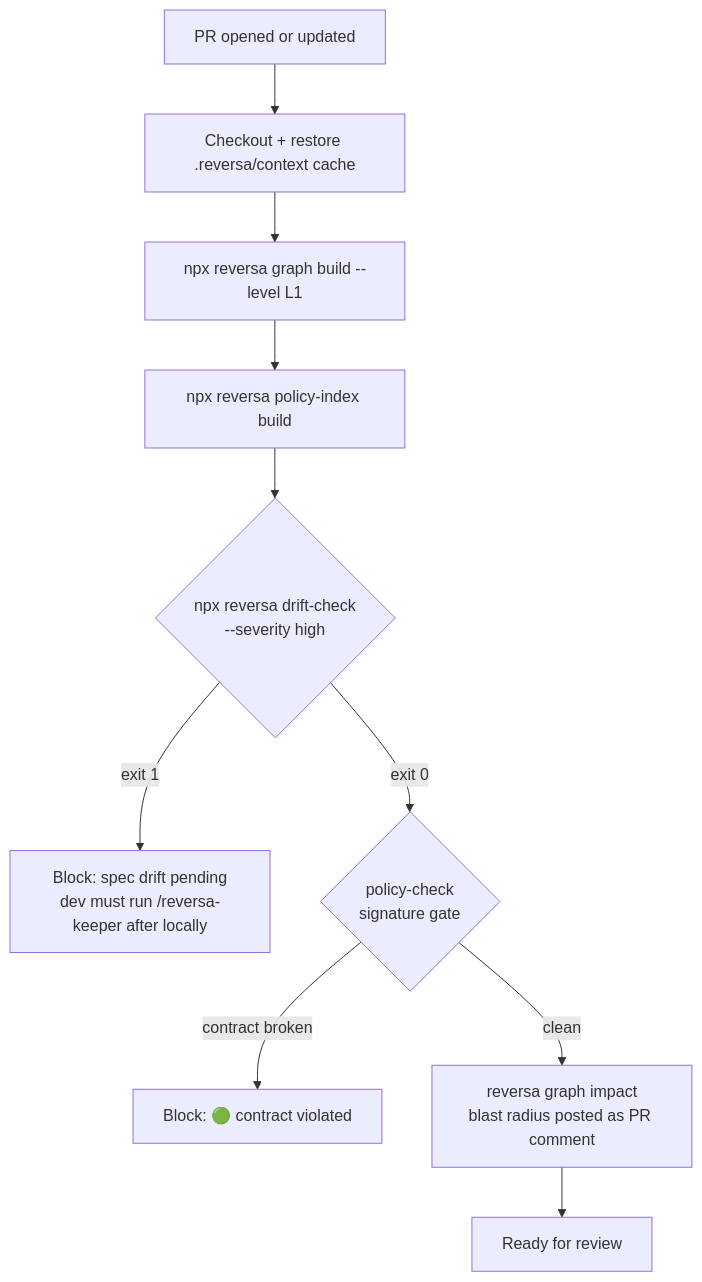
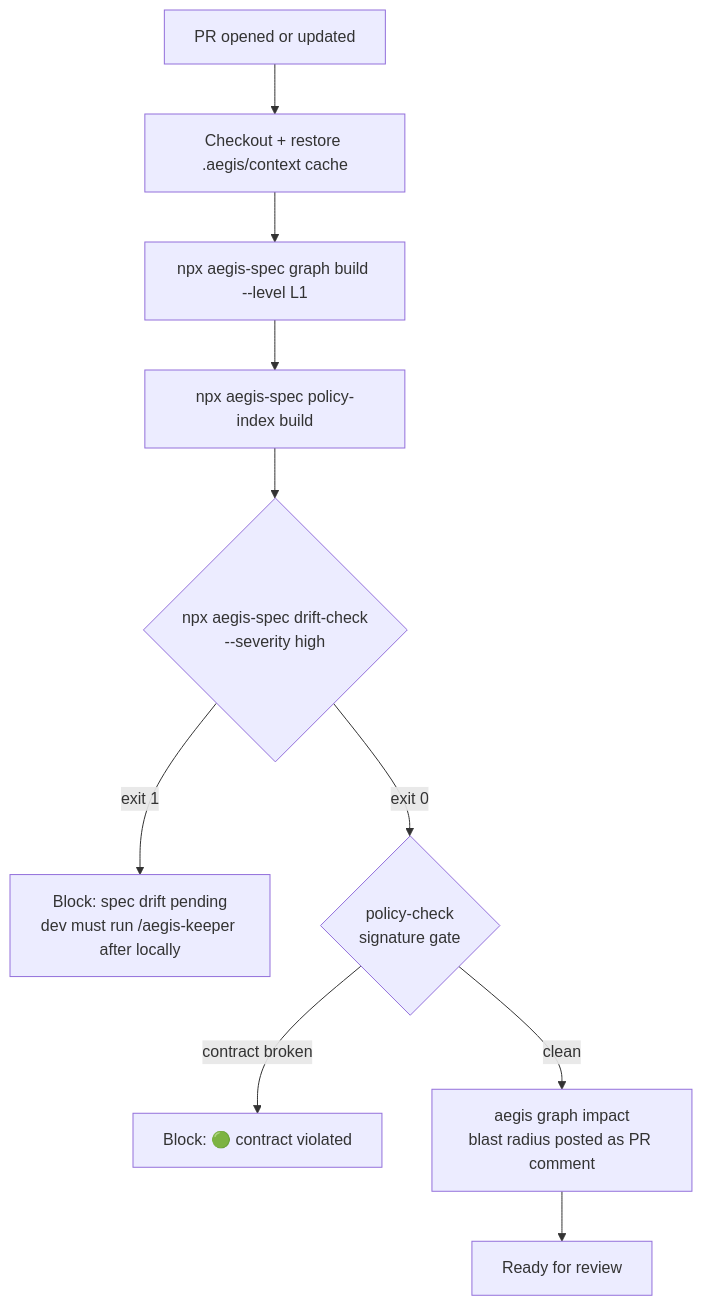
One commit to Wellbrito29/Aegis changed the diagram in README.md. Above: the diagram before and after it, drawn with Mermaid. The commit also changed other lines of this file and 139 other files, not shown here.

````diff
--- a/README.md
+++ b/README.md
@@ -303,12 +303,12 @@
 ```mermaid
 flowchart TD
-    PR[PR opened or updated] --> CO[Checkout + restore .reversa/context cache]
-    CO --> GRAPH[npx reversa graph build --level L1]
-    GRAPH --> IDX[npx reversa policy-index build]
-    IDX --> DRIFT{npx reversa drift-check<br/>--severity high}
-    DRIFT -->|exit 1| BLOCK1[Block: spec drift pending<br/>dev must run /reversa-keeper after locally]
+    PR[PR opened or updated] --> CO[Checkout + restore .aegis/context cache]
+    CO --> GRAPH[npx aegis-spec graph build --level L1]
+    GRAPH --> IDX[npx aegis-spec policy-index build]
+    IDX --> DRIFT{npx aegis-spec drift-check<br/>--severity high}
+    DRIFT -->|exit 1| BLOCK1[Block: spec drift pending<br/>dev must run /aegis-keeper after locally]
     DRIFT -->|exit 0| POLICY{policy-check<br/>signature gate}
     POLICY -->|contract broken| BLOCK2[Block: 🟢 contract violated]
-    POLICY -->|clean| IMPACT[reversa graph impact<br/>blast radius posted as PR comment]
+    POLICY -->|clean| IMPACT[aegis graph impact<br/>blast radius posted as PR comment]
     IMPACT --> PASS[Ready for review]
 ```
````
